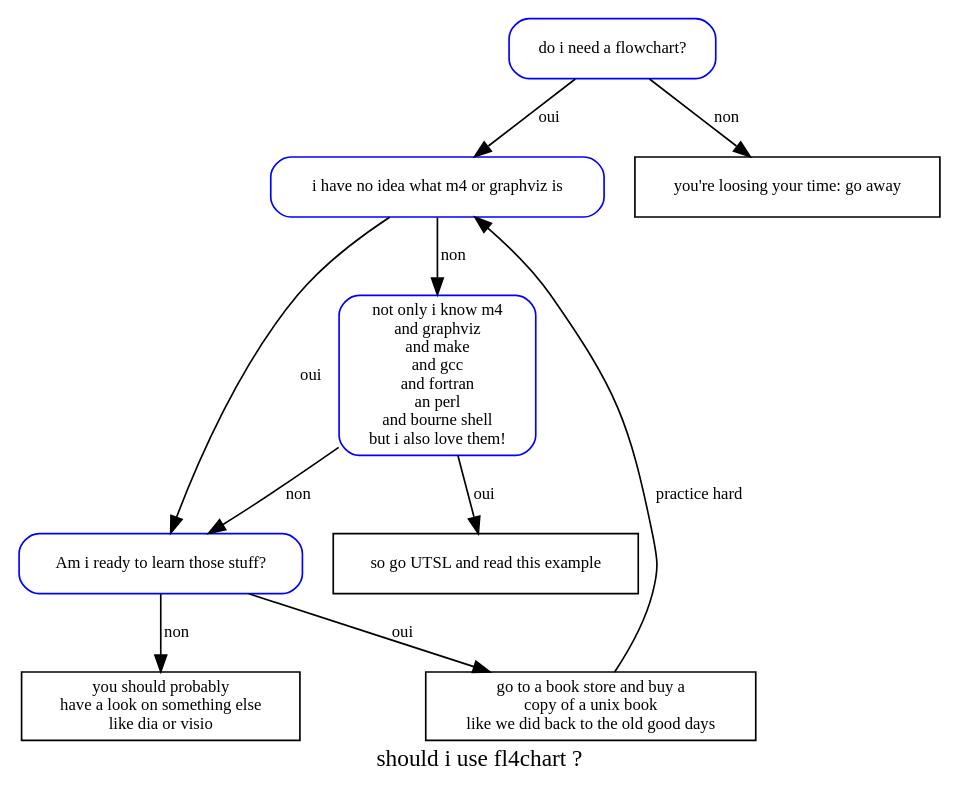
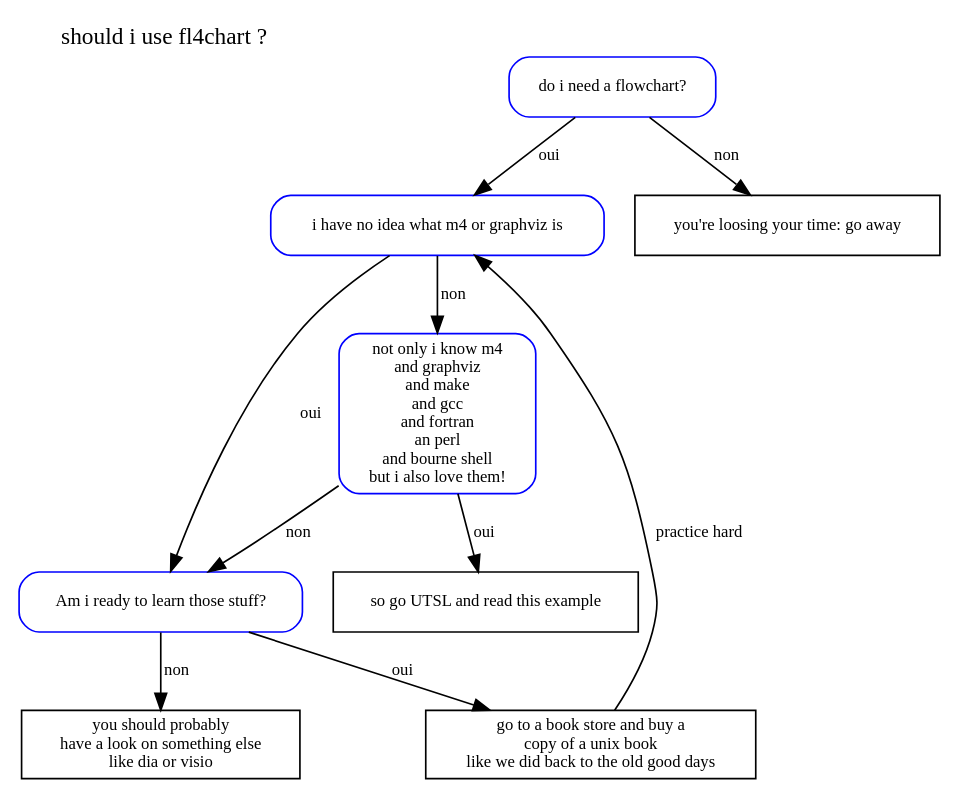
One commit to eiro/graphviz-zoo changed the diagram in should_i_use_fl4chart.dot. Above: the diagram before and after it, drawn with Graphviz. The commit also changed 5 other files, not shown here.

```diff
--- a/should_i_use_fl4chart.dot
+++ b/should_i_use_fl4chart.dot
@@ -1,34 +1,38 @@
 digraph { 
 node [ fontname = "Bitstream Vera Sans", fontsize = 10 ]
 edge [ fontname = "Bitstream Vera Sans", fontsize = 10 ]
+
+labelloc=top;
+labeljust=left;
+
  label="should i use fl4chart ?"
 
 doINeedIt [shape=box, style=rounded, color=blue, label="do i need a flowchart?", ]
 doINeedIt -> iAmNewbie [label="oui"]; doINeedIt -> noYouDont [label="non"]
 noYouDont [shape=box, label="you're loosing your time: go away", ]
 
 iAmNewbie [shape=box, style=rounded, color=blue, label="i have no idea what m4 or graphviz is", ]
 iAmNewbie -> wannaLearn [label="oui"]; iAmNewbie -> unixLover [label="non"]
 unixLover [shape=box, style=rounded, color=blue, label="not only i know m4
 and graphviz
 and make
 and gcc
 and fortran
 an perl
 and bourne shell
 but i also love them!", ]
 unixLover -> haveALook [label="oui"]; unixLover -> wannaLearn [label="non"] 
 
 moveOn [shape=box, label="you should probably
 have a look on something else
 like dia or visio", ]
 haveALook [shape=box, label="so go UTSL and read this example", ] 
 
 wannaLearn [shape=box, style=rounded, color=blue, label="Am i ready to learn those stuff?", ]
 wannaLearn -> goBuyCopy [label="oui"]; wannaLearn -> moveOn [label="non"]
 goBuyCopy [shape=box, label="go to a book store and buy a
 copy of a unix book
 like we did back to the old good days", ]
 goBuyCopy -> iAmNewbie [label="practice hard",]
 
 }
```
